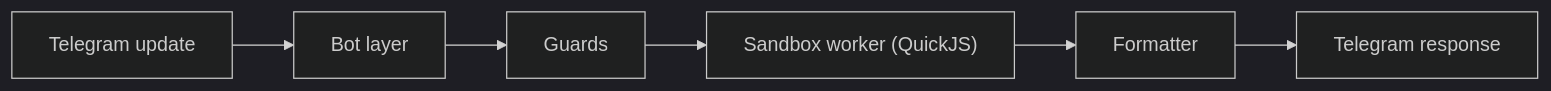
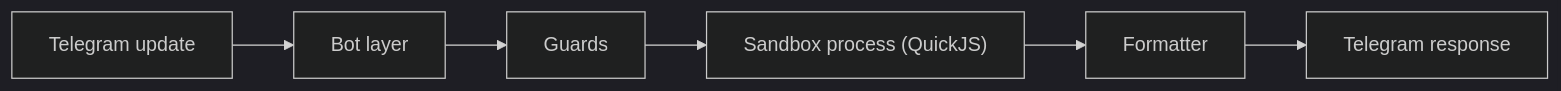
One commit to Sadykhzadeh/jsitbot changed the first of 4 diagrams in ARCHITECTURE.md. Above: the diagram before and after it, drawn with Mermaid (dark theme). The commit also changed other lines of this file and 10 other files, not shown here.

````diff
--- a/ARCHITECTURE.md
+++ b/ARCHITECTURE.md
@@ -7,8 +7,8 @@
 ```mermaid
 flowchart LR
     A["Telegram update"] --> B["Bot layer"]
     B --> C["Guards"]
-    C --> D["Sandbox worker (QuickJS)"]
+    C --> D["Sandbox process (QuickJS)"]
     D --> E["Formatter"]
     E --> F["Telegram response"]
 ```
````
